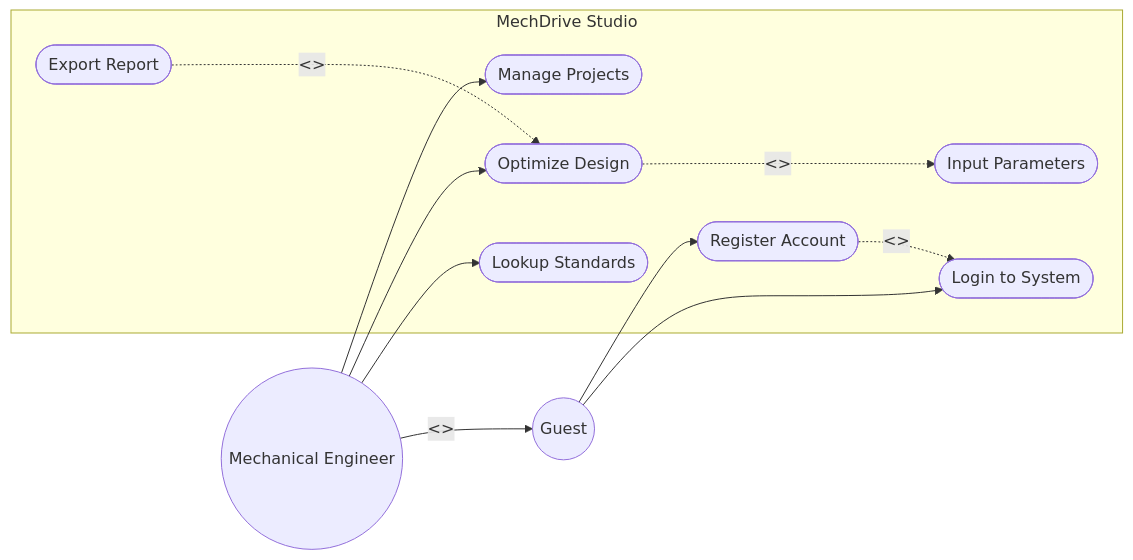
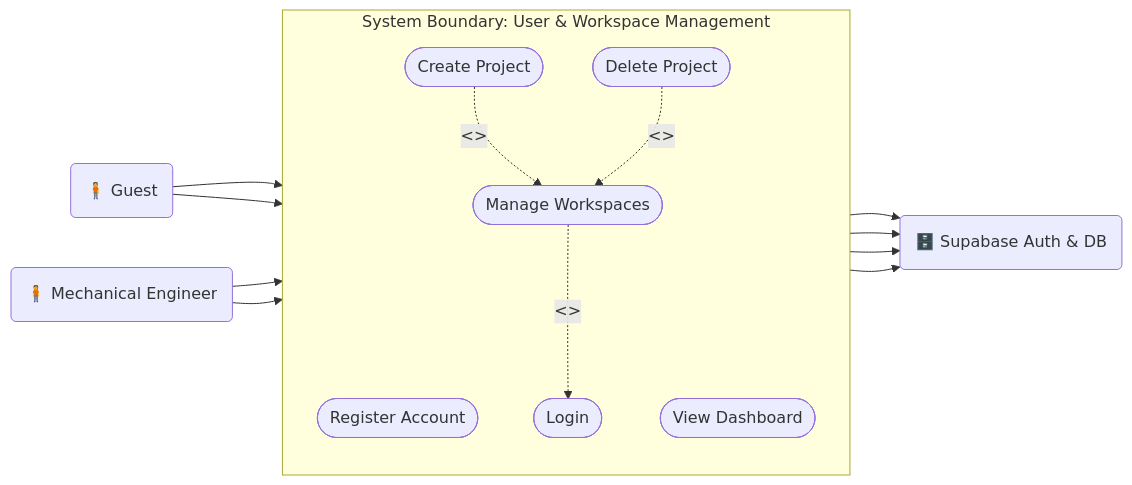
Before and after one commit to dvydinh/mechdrive: the first of 3 diagrams in docs/uml/1_Use_Case_Diagrams.md, drawn with Mermaid. The commit also changed other lines of this file and 1 other file, not shown here.

Commit message:
update use case diagram with detailed subsystems and strict rules

````diff
--- a/docs/uml/1_Use_Case_Diagrams.md
+++ b/docs/uml/1_Use_Case_Diagrams.md
@@ -7,27 +12,35 @@
 ```mermaid
 flowchart LR
-    Guest((Guest))
-    Engineer((Mechanical Engineer))
+    %% Primary Actors
+    Guest("🧍 Guest")
+    Engineer("🧍 Mechanical Engineer")
     
-    Engineer -->|<<inherits>>| Guest
-    
-    subgraph MechDrive Studio
+    %% System Boundary
+    subgraph MechDrive_User_Management [System Boundary: User & Workspace Management]
+        direction TB
         UC1([Register Account])
-        UC2([Login to System])
-        UC3([Manage Projects])
-        UC4([Input Parameters])
-        UC5([Optimize Design])
-        UC6([Export Report])
-        UC7([Lookup Standards])
+        UC2([Login])
+        UC3([Manage Workspaces])
+        UC3_1([Create Project])
+        UC3_2([Delete Project])
+        UC4([View Dashboard])
         
-        UC1 .->|<<extend>>| UC2
-        UC5 ..->|<<include>>| UC4
-        UC6 ..->|<<extend>>| UC5
+        UC3_1 .->|<<extend>>| UC3
+        UC3_2 .->|<<extend>>| UC3
+        UC3 ..->|<<include>>| UC2
     end
     
+    %% Secondary Actors
+    Supabase("🗄️ Supabase Auth & DB")
+    
+    %% Relationships
     Guest --> UC1
     Guest --> UC2
     Engineer --> UC3
-    Engineer --> UC5
-    Engineer --> UC7
+    Engineer --> UC4
+    
+    UC1 --> Supabase
+    UC2 --> Supabase
+    UC3 --> Supabase
+    UC4 --> Supabase
 ```
````
